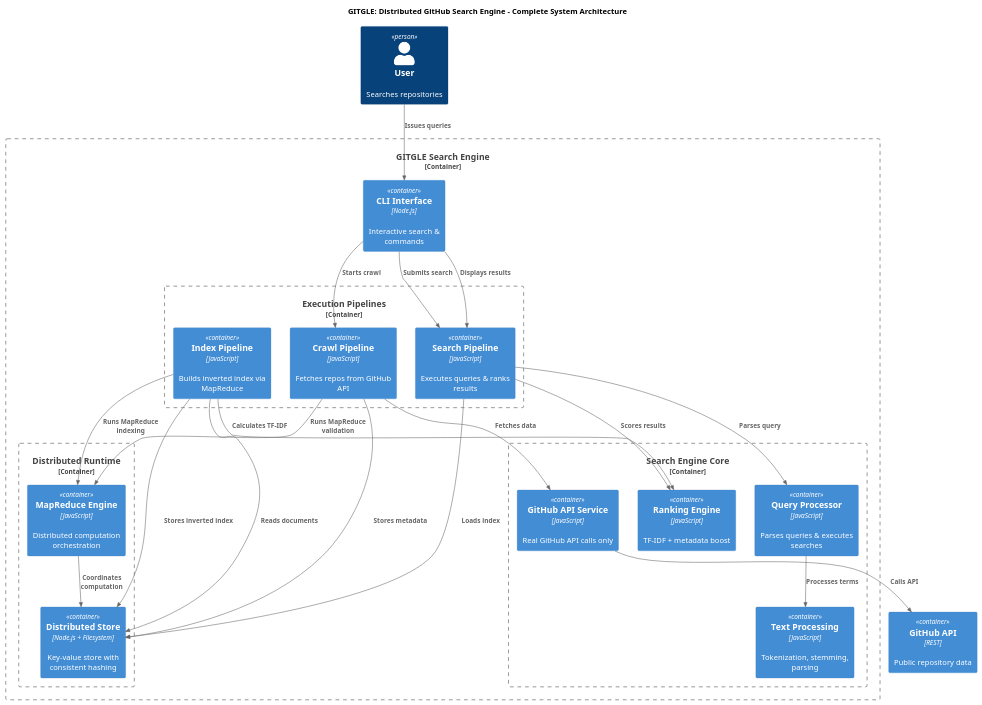
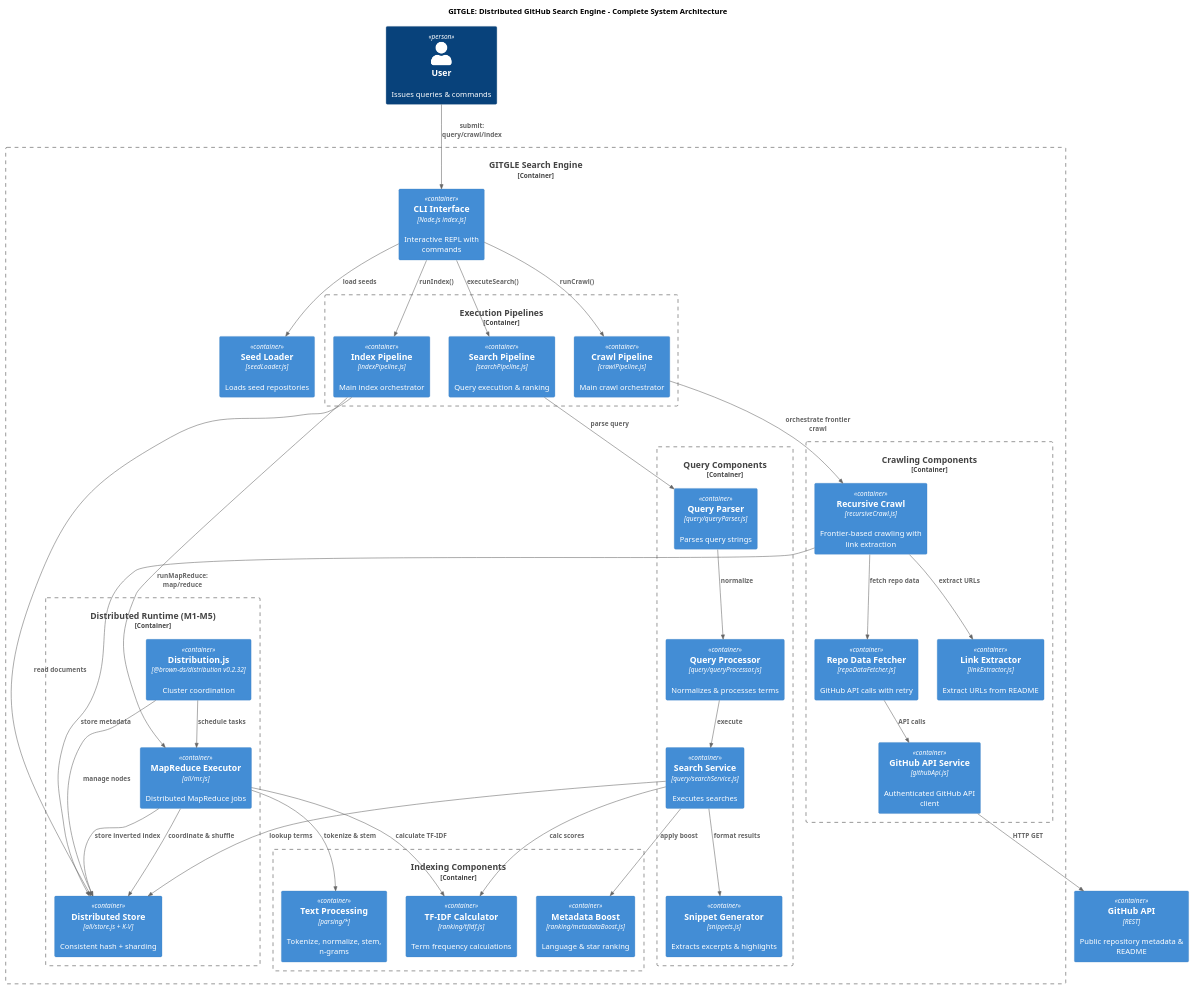
One commit to prasadsreedevi1/CS1380-M6 changed the diagram in docs/diagrams/architecture/systemArchitectureComplete.puml. Above: the diagram before and after it, drawn with PlantUML. The commit also changed 2 other files, not shown here.

Commit message:
feat(diagrams): update system architecture and data flow diagrams

```diff
--- a/docs/diagrams/architecture/systemArchitectureComplete.puml
+++ b/docs/diagrams/architecture/systemArchitectureComplete.puml
@@ -1,55 +1,78 @@
-@startuml GITGLE System Architecture - Complete Overview
+@startuml GITGLE System Architecture - Complete
 !include https://raw.githubusercontent.com/plantuml-stdlib/C4-PlantUML/master/C4_Container.puml
 
 title GITGLE: Distributed GitHub Search Engine - Complete System Architecture
 
-Person(user, "User", "Searches repositories")
+Person(user, "User", "Issues queries & commands")
 
 Container_Boundary(gitgle, "GITGLE Search Engine") {
-  Container(cli, "CLI Interface", "Node.js", "Interactive search & commands")
+  Container(cli, "CLI Interface", "Node.js index.js", "Interactive REPL with commands")
+  Container(seedLoader, "Seed Loader", "seedLoader.js", "Loads seed repositories")
   
   Container_Boundary(pipelines, "Execution Pipelines") {
-    Container(crawlPipeline, "Crawl Pipeline", "JavaScript", "Fetches repos from GitHub API")
-    Container(indexPipeline, "Index Pipeline", "JavaScript", "Builds inverted index via MapReduce")
-    Container(searchPipeline, "Search Pipeline", "JavaScript", "Executes queries & ranks results")
+    Container(crawlPipeline, "Crawl Pipeline", "crawlPipeline.js", "Main crawl orchestrator")
+    Container(indexPipeline, "Index Pipeline", "indexPipeline.js", "Main index orchestrator")
+    Container(searchPipeline, "Search Pipeline", "searchPipeline.js", "Query execution & ranking")
   }
   
-  Container_Boundary(searchEngine, "Search Engine Core") {
-    Container(githubApi, "GitHub API Service", "JavaScript", "Real GitHub API calls only")
-    Container(queryProcessor, "Query Processor", "JavaScript", "Parses queries & executes searches")
-    Container(rankingEngine, "Ranking Engine", "JavaScript", "TF-IDF + metadata boost")
-    Container(tokenizer, "Text Processing", "JavaScript", "Tokenization, stemming, parsing")
+  Container_Boundary(crawlCore, "Crawling Components") {
+    Container(recursiveCrawl, "Recursive Crawl", "recursiveCrawl.js", "Frontier-based crawling with link extraction")
+    Container(repoFetcher, "Repo Data Fetcher", "repoDataFetcher.js", "GitHub API calls with retry")
+    Container(linkExtractor, "Link Extractor", "linkExtractor.js", "Extract URLs from README")
+    Container(githubApi, "GitHub API Service", "githubApi.js", "Authenticated GitHub API client")
   }
   
-  Container_Boundary(distributed, "Distributed Runtime") {
-    Container(mapReduce, "MapReduce Engine", "JavaScript", "Distributed computation orchestration")
-    Container(store, "Distributed Store", "Node.js + Filesystem", "Key-value store with consistent hashing")
+  Container_Boundary(indexCore, "Indexing Components") {
+    Container(textProcessing, "Text Processing", "parsing/*", "Tokenize, normalize, stem, n-grams")
+    Container(tfidf, "TF-IDF Calculator", "ranking/tfidf.js", "Term frequency calculations")
+    Container(metadataBoost, "Metadata Boost", "ranking/metadataBoost.js", "Language & star ranking")
+  }
+  
+  Container_Boundary(queryCore, "Query Components") {
+    Container(queryParser, "Query Parser", "query/queryParser.js", "Parses query strings")
+    Container(queryProc, "Query Processor", "query/queryProcessor.js", "Normalizes & processes terms")
+    Container(searchService, "Search Service", "query/searchService.js", "Executes searches")
+    Container(snippets, "Snippet Generator", "snippets.js", "Extracts excerpts & highlights")
+  }
+  
+  Container_Boundary(distributed, "Distributed Runtime (M1-M5)") {
+    Container(mapReduce, "MapReduce Executor", "all/mr.js", "Distributed MapReduce jobs")
+    Container(store, "Distributed Store", "all/store.js + K-V", "Consistent hash + sharding")
+    Container(distribution, "Distribution.js", "@brown-ds/distribution v0.2.32", "Cluster coordination")
   }
 }
 
-Container(github, "GitHub API", "REST", "Public repository data")
+Container(github, "GitHub API", "REST", "Public repository metadata & README")
 
-Rel(user, cli, "Issues queries")
-Rel(cli, crawlPipeline, "Starts crawl")
-Rel(cli, searchPipeline, "Submits search")
+Rel(user, cli, "submit: query/crawl/index")
+Rel(cli, seedLoader, "load seeds")
+Rel(cli, crawlPipeline, "runCrawl()")
+Rel(cli, indexPipeline, "runIndex()")
+Rel(cli, searchPipeline, "executeSearch()")
 
-Rel(crawlPipeline, githubApi, "Fetches data")
-Rel(crawlPipeline, store, "Stores metadata")
-Rel(crawlPipeline, mapReduce, "Runs MapReduce validation")
+Rel(crawlPipeline, recursiveCrawl, "orchestrate frontier crawl")
+Rel(recursiveCrawl, repoFetcher, "fetch repo data")
+Rel(repoFetcher, githubApi, "API calls")
+Rel(recursiveCrawl, linkExtractor, "extract URLs")
+Rel(recursiveCrawl, store, "store metadata")
+Rel(githubApi, github, "HTTP GET")
 
-Rel(indexPipeline, store, "Reads documents")
-Rel(indexPipeline, mapReduce, "Runs MapReduce indexing")
-Rel(indexPipeline, rankingEngine, "Calculates TF-IDF")
-Rel(indexPipeline, store, "Stores inverted index")
+Rel(indexPipeline, store, "read documents")
+Rel(indexPipeline, mapReduce, "runMapReduce: map/reduce")
+Rel(mapReduce, textProcessing, "tokenize & stem")
+Rel(mapReduce, tfidf, "calculate TF-IDF")
+Rel(mapReduce, store, "store inverted index")
 
-Rel(searchPipeline, store, "Loads index")
-Rel(searchPipeline, queryProcessor, "Parses query")
-Rel(searchPipeline, rankingEngine, "Scores results")
-Rel(cli, searchPipeline, "Displays results")
+Rel(searchPipeline, queryParser, "parse query")
+Rel(queryParser, queryProc, "normalize")
+Rel(queryProc, searchService, "execute")
+Rel(searchService, store, "lookup terms")
+Rel(searchService, tfidf, "calc scores")
+Rel(searchService, metadataBoost, "apply boost")
+Rel(searchService, snippets, "format results")
 
-Rel(githubApi, github, "Calls API")
-Rel(queryProcessor, tokenizer, "Processes terms")
-
-Rel(mapReduce, store, "Coordinates computation")
+Rel(mapReduce, store, "coordinate & shuffle")
+Rel(distribution, store, "manage nodes")
+Rel(distribution, mapReduce, "schedule tasks")
 
 @enduml
```
